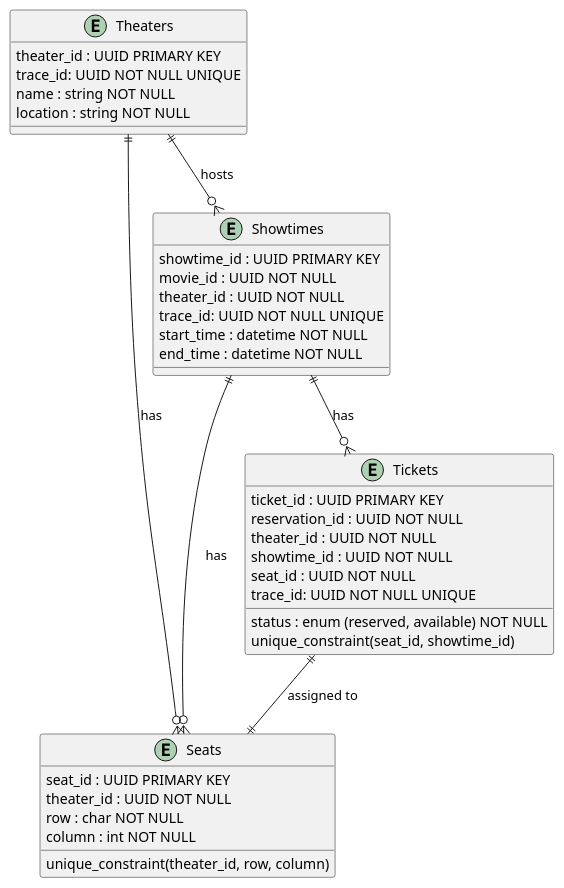
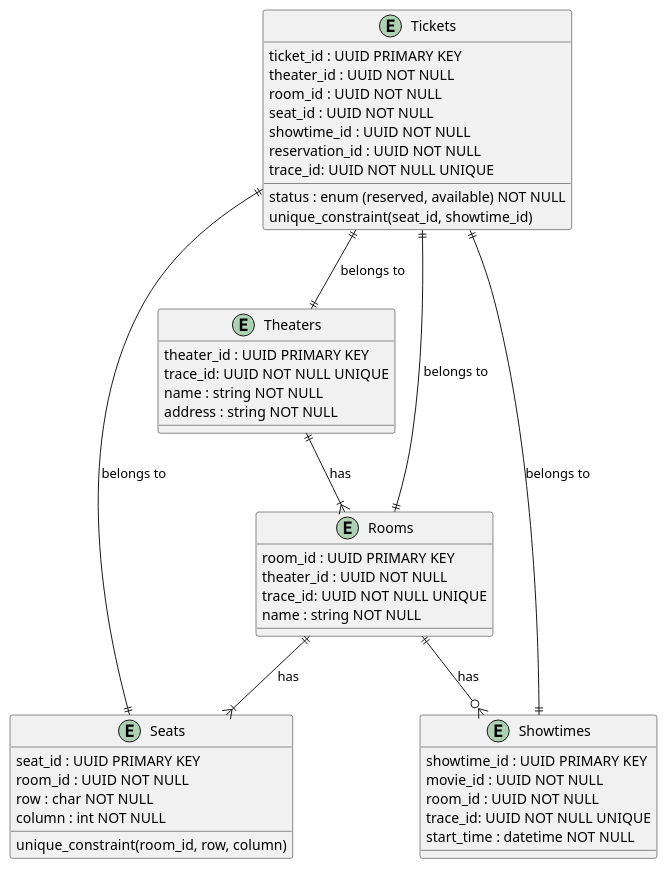
One commit to harmonify/movie-reservation-system changed the diagram in docs/design/erd/theater-service-erd.puml. Above: the diagram before and after it, drawn with PlantUML. The commit also changed 368 other files, not shown here.

```diff
--- a/docs/design/erd/theater-service-erd.puml
+++ b/docs/design/erd/theater-service-erd.puml
@@ -1,46 +1,57 @@
 @startuml theater-service-erd
 
 entity Theaters {
     theater_id : UUID PRIMARY KEY
     trace_id: UUID NOT NULL UNIQUE
     name : string NOT NULL
-    location : string NOT NULL
+    address : string NOT NULL
+}
+
+entity Rooms {
+    room_id : UUID PRIMARY KEY
+    theater_id : UUID NOT NULL
+    trace_id: UUID NOT NULL UNIQUE
+    name : string NOT NULL
+    ' capacity : int NOT NULL // should be generated from querying seats entity (correlated by room_id)'
 }
 
 entity Seats {
     seat_id : UUID PRIMARY KEY
-    theater_id : UUID NOT NULL
+    room_id : UUID NOT NULL
     row : char NOT NULL
     column : int NOT NULL
-    unique_constraint(theater_id, row, column)
+    unique_constraint(room_id, row, column)
 }
 
 entity Showtimes {
     showtime_id : UUID PRIMARY KEY
     movie_id : UUID NOT NULL
-    theater_id : UUID NOT NULL
+    room_id : UUID NOT NULL
     trace_id: UUID NOT NULL UNIQUE
     start_time : datetime NOT NULL
-    end_time : datetime NOT NULL
-    ' available_seats : int // should be generated from querying seats and tickets entity (correlated by theather_id)'
-    ' total_seats : int // should be generated from query'
+    ' available_seats : int // should be generated from querying seats and tickets entity (correlated by room_id)'
 }
 
 entity Tickets {
     ticket_id : UUID PRIMARY KEY
+    theater_id : UUID NOT NULL
+    room_id : UUID NOT NULL
+    seat_id : UUID NOT NULL
+    showtime_id : UUID NOT NULL
     reservation_id : UUID NOT NULL
-    theater_id : UUID NOT NULL
-    showtime_id : UUID NOT NULL
-    seat_id : UUID NOT NULL
     trace_id: UUID NOT NULL UNIQUE
     status : enum (reserved, available) NOT NULL
     unique_constraint(seat_id, showtime_id)
 }
 
-Theaters ||--o{ Showtimes : "hosts"
-Theaters ||--o{ Seats : "has"
-Showtimes ||--o{ Seats : "has"
-Showtimes ||--o{ Tickets : "has"
-Tickets ||--|| Seats : "assigned to"
+Theaters ||--|{ Rooms : "has"
+
+Rooms ||--|{ Seats : "has"
+Rooms ||--o{ Showtimes : "has"
+
+Tickets ||--|| Theaters : "belongs to"
+Tickets ||--|| Rooms : "belongs to"
+Tickets ||--|| Seats : "belongs to"
+Tickets ||--|| Showtimes : "belongs to"
 
 @enduml
```
